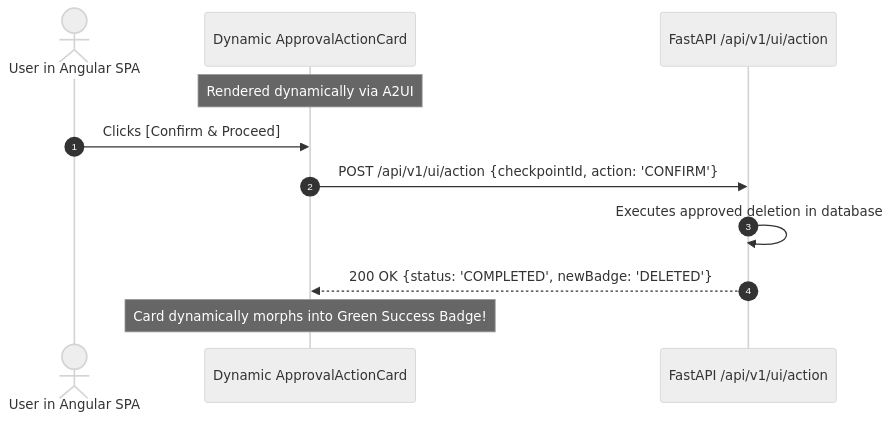
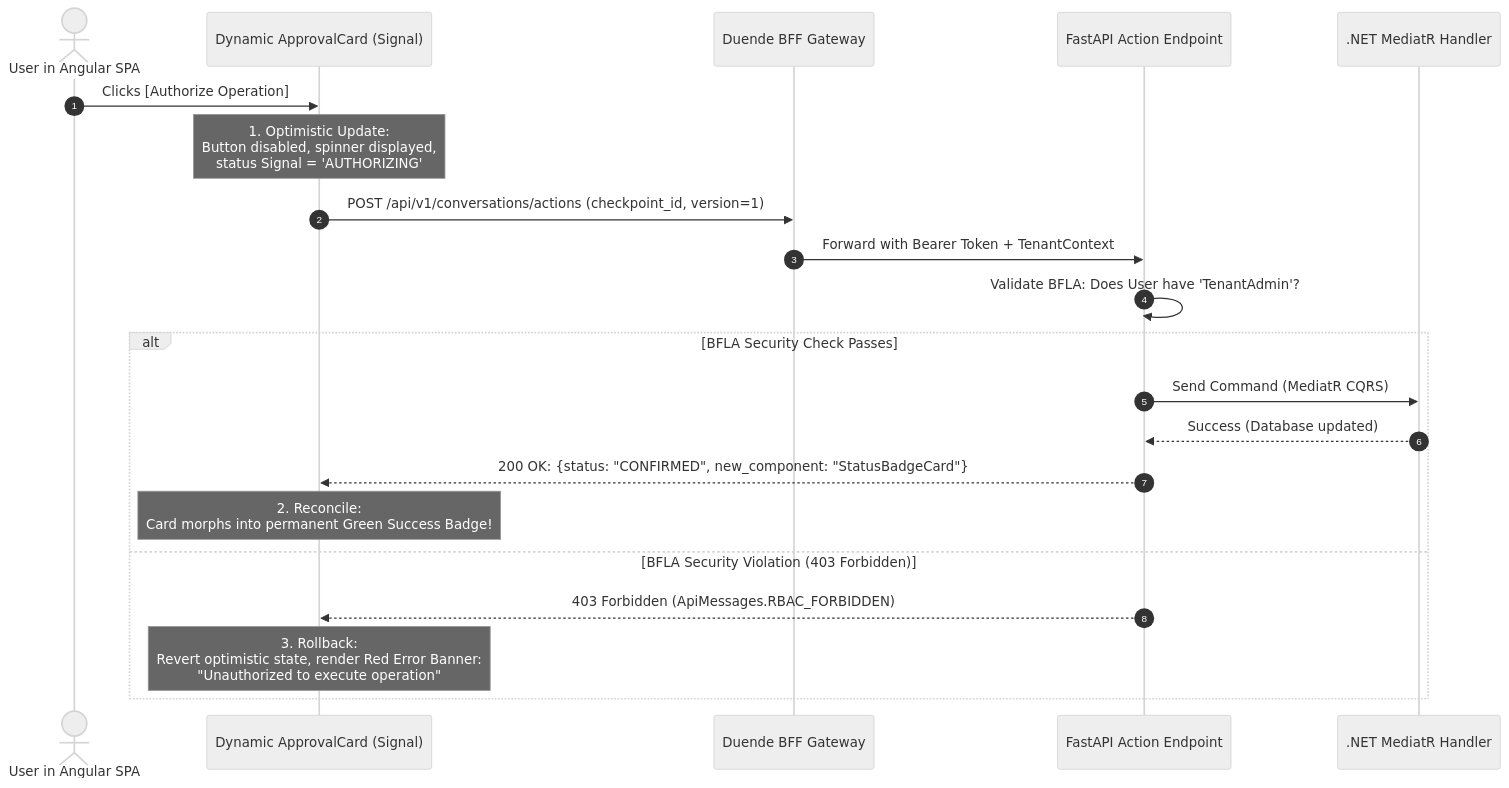
Before and after one commit to primecoderIN/learning-docs: the sixth of 8 diagrams in Python_FastAPI_AI_Architect/20_Module_20_Agent_to_UI_A2UI_Generative_Streaming.md, drawn with Mermaid (neutral theme). The commit also changed other lines of this file and 21 other files, not shown here.

````diff
--- a/Python_FastAPI_AI_Architect/20_Module_20_Agent_to_UI_A2UI_Generative_Streaming.md
+++ b/Python_FastAPI_AI_Architect/20_Module_20_Agent_to_UI_A2UI_Generative_Streaming.md
@@ -276,14 +1142,24 @@
 ```mermaid
 sequenceDiagram
     autonumber
     actor User as User in Angular SPA
-    participant UI as Dynamic ApprovalActionCard
-    participant Backend as FastAPI /api/v1/ui/action
+    participant UI as Dynamic ApprovalCard (Signal)
+    participant Gateway as Duende BFF Gateway
+    participant FastAPI as FastAPI Action Endpoint
+    participant MediatR as .NET MediatR Handler
 
-    Note over UI: Rendered dynamically via A2UI
-    User->>UI: Clicks [Confirm & Proceed]
-    UI->>Backend: POST /api/v1/ui/action {checkpointId, action: 'CONFIRM'}
-    Backend->>Backend: Executes approved deletion in database
-    Backend-->>UI: 200 OK {status: 'COMPLETED', newBadge: 'DELETED'}
-    Note over UI: Card dynamically morphs into Green Success Badge!
+    User->>UI: Clicks [Authorize Operation]
+    Note over UI: 1. Optimistic Update:<br>Button disabled, spinner displayed,<br>status Signal = 'AUTHORIZING'
+    UI->>Gateway: POST /api/v1/conversations/actions (checkpoint_id, version=1)
+    Gateway->>FastAPI: Forward with Bearer Token + TenantContext
+    FastAPI->>FastAPI: Validate BFLA: Does User have 'TenantAdmin'?
+    alt BFLA Security Check Passes
+        FastAPI->>MediatR: Send Command (MediatR CQRS)
+        MediatR-->>FastAPI: Success (Database updated)
+        FastAPI-->>UI: 200 OK: {status: "CONFIRMED", new_component: "StatusBadgeCard"}
+        Note over UI: 2. Reconcile:<br>Card morphs into permanent Green Success Badge!
+    else BFLA Security Violation (403 Forbidden)
+        FastAPI-->>UI: 403 Forbidden (ApiMessages.RBAC_FORBIDDEN)
+        Note over UI: 3. Rollback:<br>Revert optimistic state, render Red Error Banner:<br>"Unauthorized to execute operation"
+    end
 ```
````
